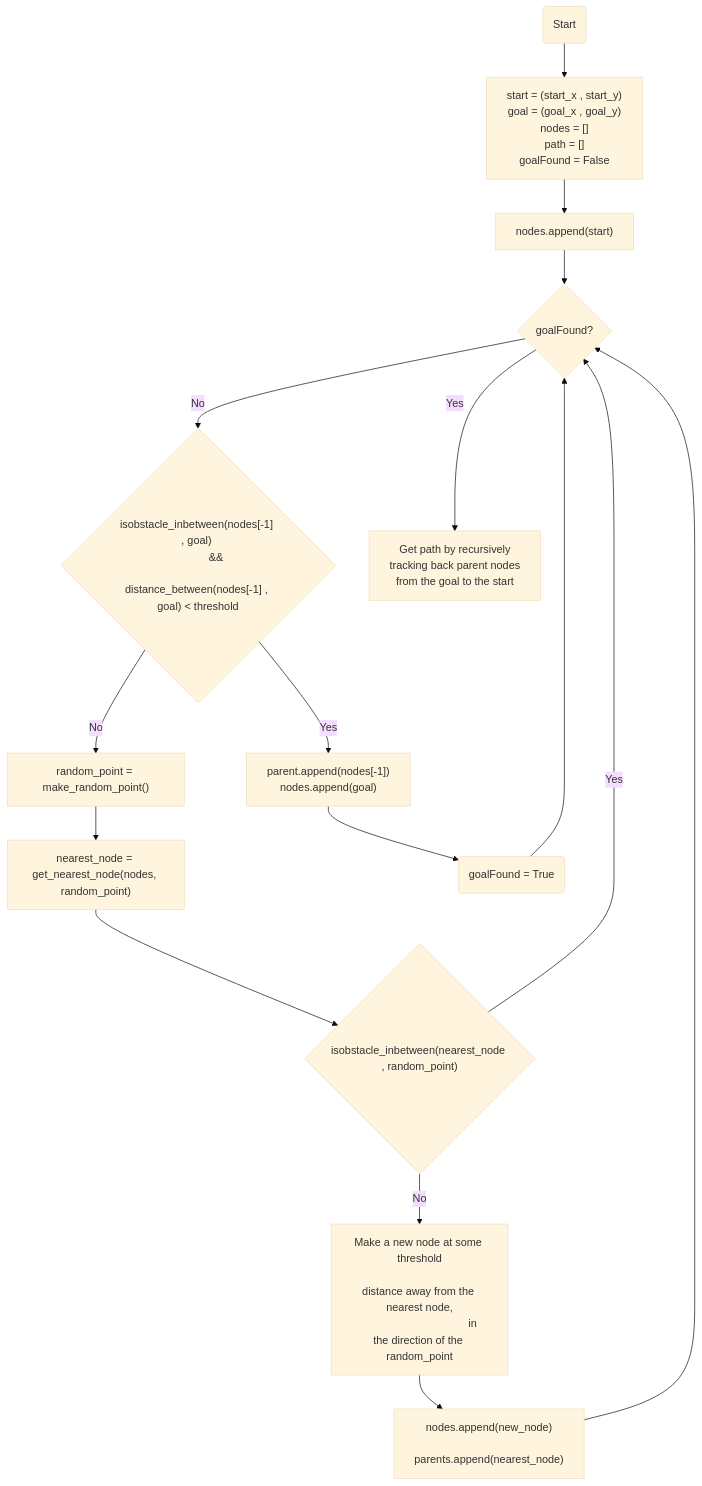
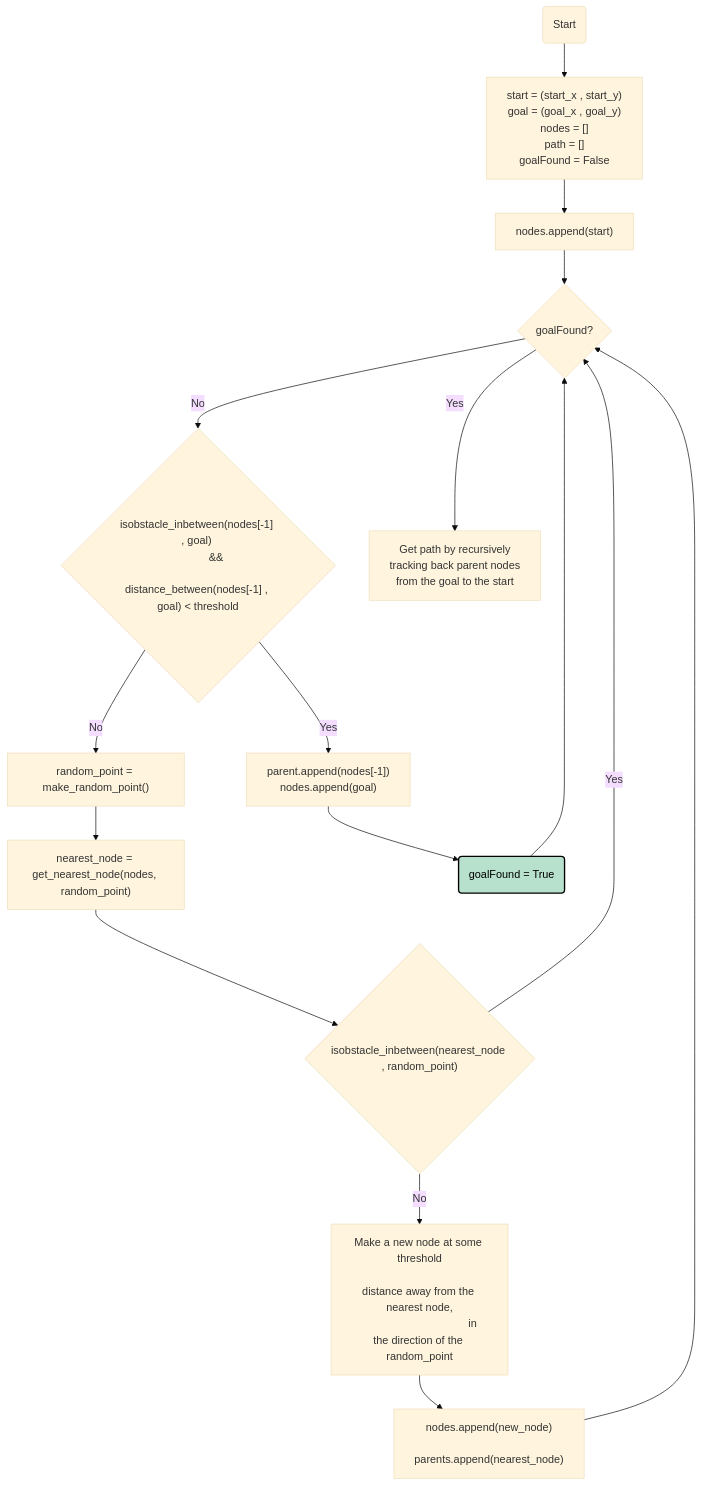
Before and after one commit to imalhotra15/RRT: the diagram in README.md, drawn with Mermaid (base theme).

````diff
--- a/README.md
+++ b/README.md
@@ -49,33 +49,35 @@
 ```mermaid
 flowchart TD;
     Start(Start) --> Init["start = (start_x , start_y)
                 goal = (goal_x , goal_y)
                 nodes = []
                 path = []
                 goalFound = False"];
     Init --> C["nodes.append(start)"] ;
     C --> loop_start{goalFound?}
     loop_start --No --> First_check{"isobstacle_inbetween(nodes[-1] , goal) 
             &&
             distance_between(nodes[-1] , goal) < threshold"} ;
     First_check -- No --> random_point["random_point = make_random_point()"]
     random_point --> nearest_node["nearest_node = get_nearest_node(nodes, random_point)"]
     nearest_node --> Second_check{"isobstacle_inbetween(nearest_node , random_point)"} ;
     Second_check -- No --> add_node["Make a new node at some threshold
                                     distance away from the nearest node,
                                     in the direction of the random_point"] ;
     add_node --> update["nodes.append(new_node)
                         parents.append(nearest_node)"]
     update --> loop_start
     Second_check -- Yes --> loop_start
     First_check -- Yes -->  update2["parent.append(nodes[-1])
                                     nodes.append(goal)"]
     update2 --> goal("goalFound = True")
     goal --> loop_start
     loop_start -- Yes --> path["Get path by recursively
                                 tracking back parent nodes
                                 from the goal to the start"]
 
+style goal fill:#b7e1cd,stroke:#333,stroke-width:2px;
+style goal stroke:#000,stroke-width:2px,color:#000;
 
 
 ```
````
